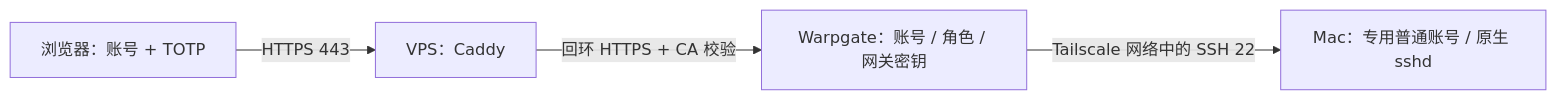
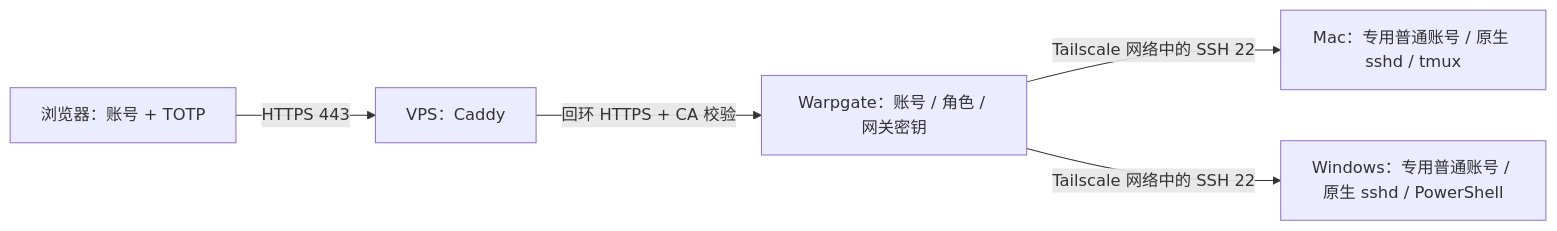
The diagram in README.md (DMLayMan/warpgate-tailscale-mac), drawn with Mermaid before and after one commit. The commit also changed other lines of this file and 12 other files, not shown here.

Commit message:
feat: add native Windows SSH backend and deployment SOP

````diff
--- a/README.md
+++ b/README.md
@@ -7,6 +7,7 @@
 ```mermaid
 flowchart LR
     Browser[浏览器：账号 + TOTP] -->|HTTPS 443| Caddy[VPS：Caddy]
     Caddy -->|回环 HTTPS + CA 校验| WG[Warpgate：账号 / 角色 / 网关密钥]
-    WG -->|Tailscale 网络中的 SSH 22| Mac[Mac：专用普通账号 / 原生 sshd]
+    WG -->|Tailscale 网络中的 SSH 22| Mac[Mac：专用普通账号 / 原生 sshd / tmux]
+    WG -->|Tailscale 网络中的 SSH 22| Win[Windows：专用普通账号 / 原生 sshd / PowerShell]
 ```
````
